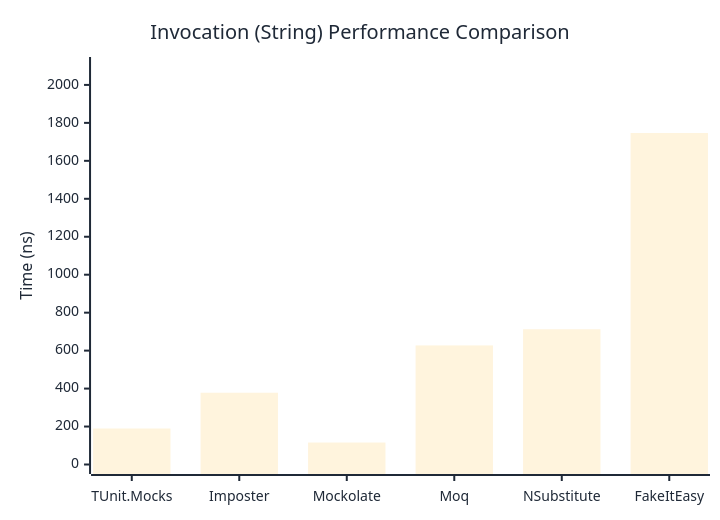
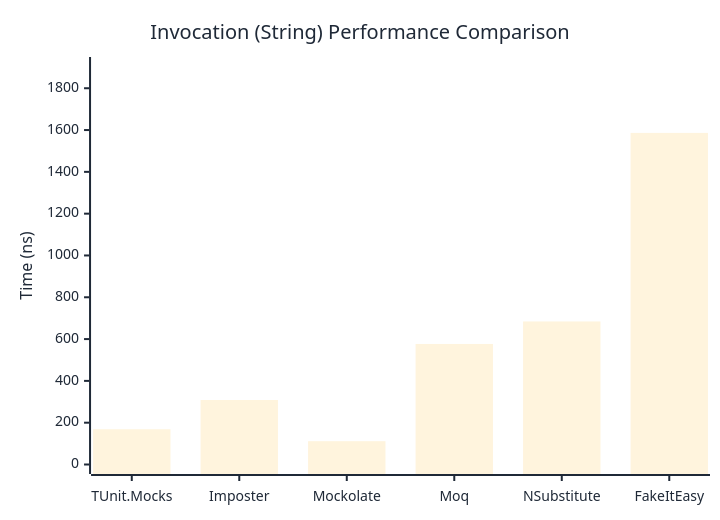
Before and after one commit to thomhurst/TUnit: the second of 3 diagrams in docs/docs/benchmarks/mocks/Invocation.md, drawn with Mermaid. The commit also changed other lines of this file and 14 other files, not shown here.

````diff
--- a/docs/docs/benchmarks/mocks/Invocation.md
+++ b/docs/docs/benchmarks/mocks/Invocation.md
@@ -71,27 +71,27 @@
 ```mermaid
 %%{init: {
   'theme':'base',
   'themeVariables': {
     'primaryColor': '#2563eb',
     'primaryTextColor': '#1f2937',
     'primaryBorderColor': '#1e40af',
     'lineColor': '#6b7280',
     'secondaryColor': '#7c3aed',
     'tertiaryColor': '#dc2626',
     'background': '#ffffff',
     'pie1': '#2563eb',
     'pie2': '#7c3aed',
     'pie3': '#dc2626',
     'pie4': '#f59e0b',
     'pie5': '#10b981',
     'pie6': '#06b6d4',
     'pie7': '#ec4899',
     'pie8': '#6366f1'
   }
 }}%%
 xychart-beta
   title "Invocation (String) Performance Comparison"
   x-axis ["TUnit.Mocks", "Imposter", "Mockolate", "Moq", "NSubstitute", "FakeItEasy"]
-  y-axis "Time (ns)" 0 --> 2097
-  bar [189.6, 378.2, 115.7, 627.4, 712.7, 1746.7]
+  y-axis "Time (ns)" 0 --> 1904
+  bar [168.6, 308.6, 111.5, 576.7, 684.3, 1586.4]
 ```
````
